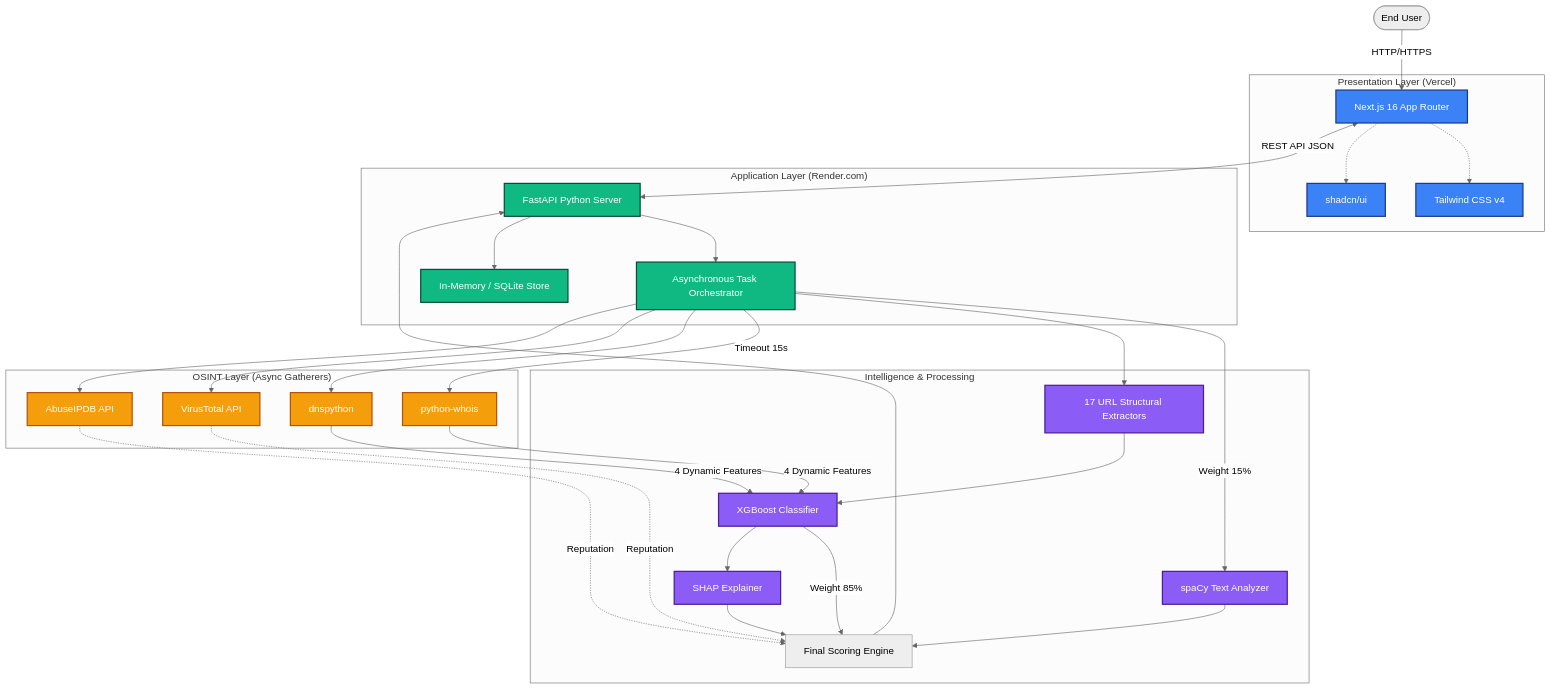
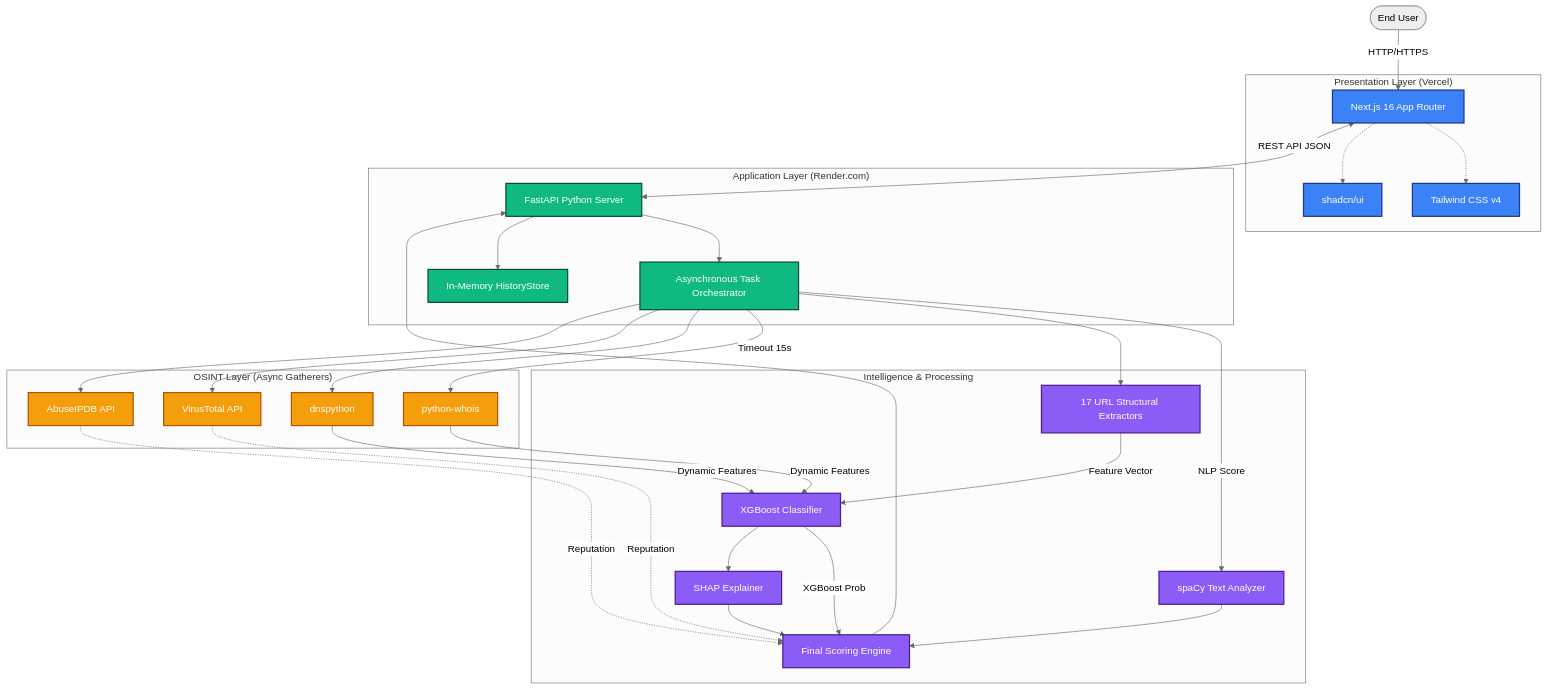
Before and after one commit to ELTE-DSED/phishing-detection-osint: the diagram in docs/diagrams/mermaid/system-architecture.mmd, drawn with Mermaid (neutral theme). The commit also changed 8 other files, not shown here.

```diff
--- a/docs/diagrams/mermaid/system-architecture.mmd
+++ b/docs/diagrams/mermaid/system-architecture.mmd
@@ -1,58 +1,59 @@
 graph TD
     classDef frontend fill:#3b82f6,stroke:#1e3a8a,stroke-width:2px,color:#fff;
     classDef backend fill:#10b981,stroke:#064e3b,stroke-width:2px,color:#fff;
     classDef ml fill:#8b5cf6,stroke:#4c1d95,stroke-width:2px,color:#fff;
     classDef external fill:#f59e0b,stroke:#b45309,stroke-width:2px,color:#fff;
 
     subgraph "Presentation Layer (Vercel)"
         NextJS[Next.js 16 App Router]:::frontend
         Tailwind[Tailwind CSS v4]:::frontend
         Shadcn[shadcn/ui]:::frontend
         NextJS -.-> Tailwind
         NextJS -.-> Shadcn
     end
 
     subgraph "Application Layer (Render.com)"
         FastAPI[FastAPI Python Server]:::backend
         Orchestrator[Asynchronous Task Orchestrator]:::backend
-        History[In-Memory / SQLite Store]:::backend
+        History[In-Memory HistoryStore]:::backend
         
         FastAPI --> Orchestrator
         FastAPI --> History
     end
 
     subgraph "Intelligence & Processing"
         NLP[spaCy Text Analyzer]:::ml
         FeatExtract[17 URL Structural Extractors]:::ml
         ML_Model[XGBoost Classifier]:::ml
         SHAP[SHAP Explainer]:::ml
+        Scorer[Final Scoring Engine]:::ml
         
-        Orchestrator -->|Weight 15%| NLP
+        Orchestrator -->|NLP Score| NLP
         Orchestrator --> FeatExtract
-        FeatExtract --> ML_Model
-        NLP --> Scorer[Final Scoring Engine]
-        ML_Model -->|Weight 85%| Scorer
+        FeatExtract -->|Feature Vector| ML_Model
+        NLP --> Scorer
+        ML_Model -->|XGBoost Prob| Scorer
         ML_Model --> SHAP
         SHAP --> Scorer
     end
 
     subgraph "OSINT Layer (Async Gatherers)"
         WHOIS[python-whois]:::external
         DNS[dnspython]:::external
         VT[VirusTotal API]:::external
         AbuseIPDB[AbuseIPDB API]:::external
         
         Orchestrator -->|Timeout 15s| WHOIS
         Orchestrator --> DNS
         Orchestrator --> VT
         Orchestrator --> AbuseIPDB
     end
 
     %% Connections
     User([End User]) -->|HTTP/HTTPS| NextJS
     NextJS <-->|REST API JSON| FastAPI
-    WHOIS -->|4 Dynamic Features| ML_Model
-    DNS -->|4 Dynamic Features| ML_Model
+    WHOIS -->|Dynamic Features| ML_Model
+    DNS -->|Dynamic Features| ML_Model
     VT -.->|Reputation| Scorer
     AbuseIPDB -.->|Reputation| Scorer
     Scorer --> FastAPI
```
